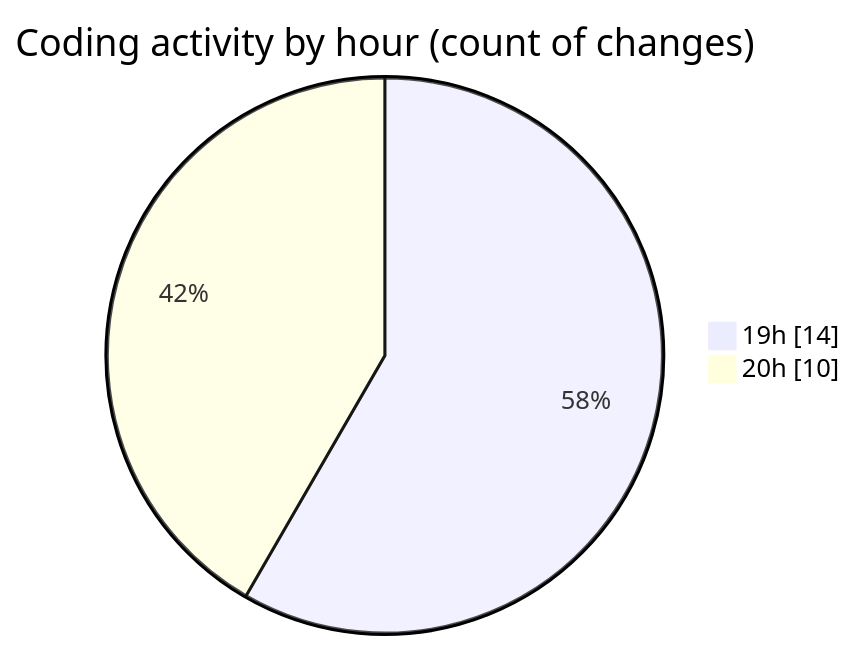
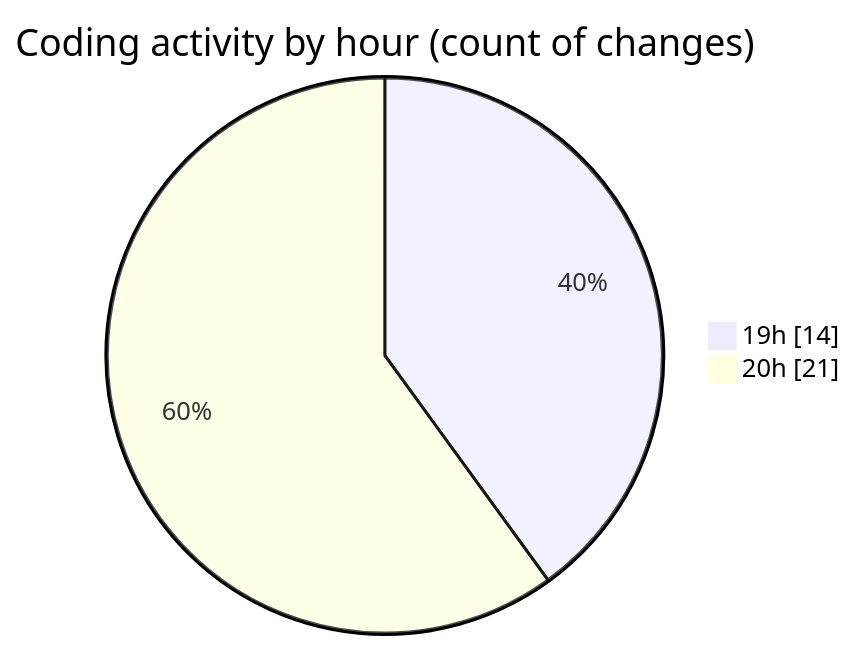
The second of 2 diagrams in 2025-10-24/skintrack/README.md (Netris89/code-tracking), drawn with Mermaid before and after one commit. The commit also changed other lines of this file and 1 other file, not shown here.

````diff
--- a/2025-10-24/skintrack/README.md
+++ b/2025-10-24/skintrack/README.md
@@ -31,6 +31,6 @@
 ```mermaid
 pie showData
 title Coding activity by hour (count of changes)
 "19h" : 14
-"20h" : 10
+"20h" : 21
 ```
````
